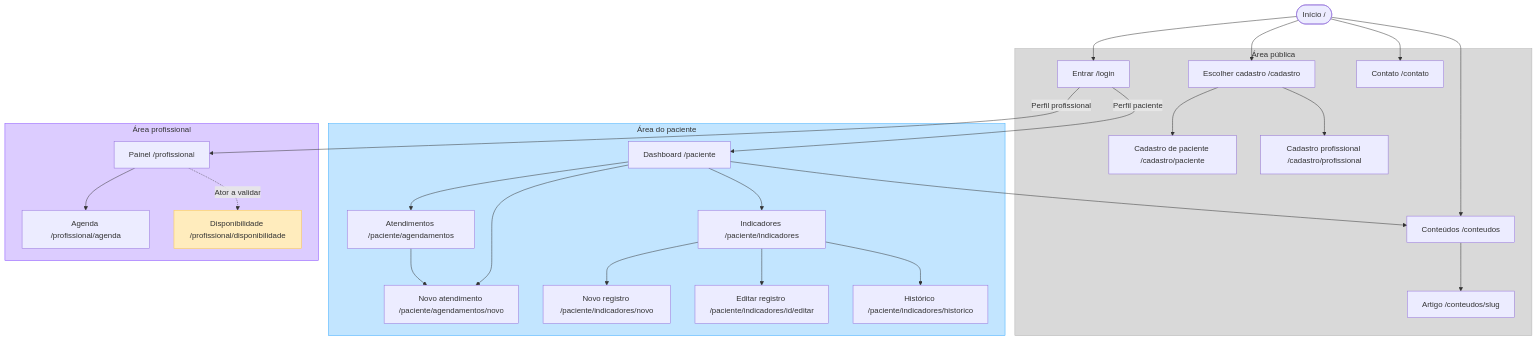
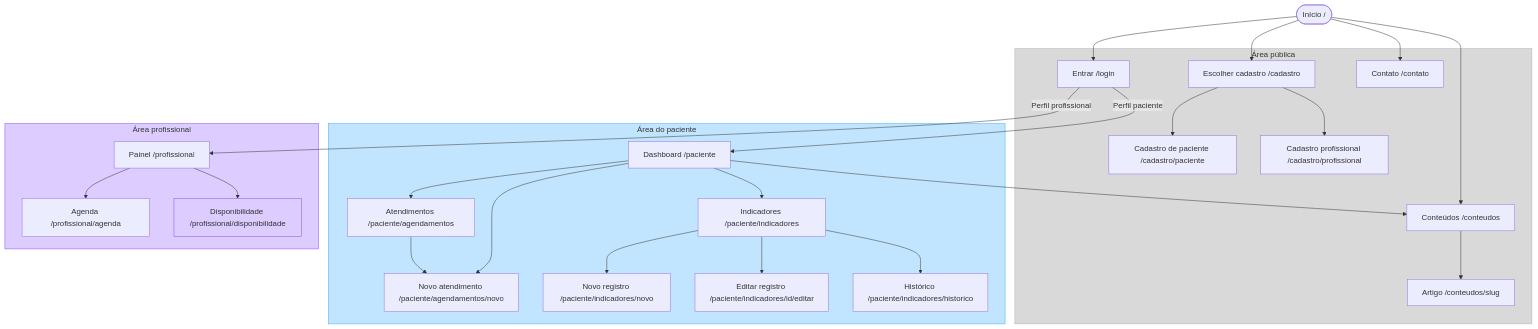
One commit to Marciocoutinho/vida-mais-facil changed the diagram in docs/07-mapa-navegacao.md. Above: the diagram before and after it, drawn with Mermaid. The commit also changed other lines of this file and 4 other files, not shown here.

````diff
--- a/docs/07-mapa-navegacao.md
+++ b/docs/07-mapa-navegacao.md
@@ -15,58 +15,58 @@
 ```mermaid
 flowchart TD
     home(["Início / "])
 
     subgraph publicArea ["Área pública"]
         contentList["Conteúdos /conteudos"]
         contentDetail["Artigo /conteudos/slug"]
         registerChoice["Escolher cadastro /cadastro"]
         patientRegister["Cadastro de paciente /cadastro/paciente"]
         professionalRegister["Cadastro profissional /cadastro/profissional"]
         login["Entrar /login"]
         contact["Contato /contato"]
     end
 
     subgraph patientArea ["Área do paciente"]
         patientDashboard["Dashboard /paciente"]
         patientAppointments["Atendimentos /paciente/agendamentos"]
         newAppointment["Novo atendimento /paciente/agendamentos/novo"]
         indicators["Indicadores /paciente/indicadores"]
         newIndicator["Novo registro /paciente/indicadores/novo"]
         editIndicator["Editar registro /paciente/indicadores/id/editar"]
         indicatorHistory["Histórico /paciente/indicadores/historico"]
     end
 
     subgraph professionalArea ["Área profissional"]
         professionalDashboard["Painel /profissional"]
         professionalAgenda["Agenda /profissional/agenda"]
         availability["Disponibilidade /profissional/disponibilidade"]
     end
 
     home --> contentList
     contentList --> contentDetail
     home --> registerChoice
     registerChoice --> patientRegister
     registerChoice --> professionalRegister
     home --> login
     home --> contact
 
     login -->|"Perfil paciente"| patientDashboard
     login -->|"Perfil profissional"| professionalDashboard
 
     patientDashboard --> patientAppointments
     patientDashboard --> newAppointment
     patientDashboard --> indicators
     patientDashboard --> contentList
     patientAppointments --> newAppointment
     indicators --> newIndicator
     indicators --> editIndicator
     indicators --> indicatorHistory
 
     professionalDashboard --> professionalAgenda
-    professionalDashboard -.->|"Ator a validar"| availability
+    professionalDashboard --> availability
 
     style publicArea fill:#D9D9D9,stroke:#B3B3B3
     style patientArea fill:#C2E5FF,stroke:#3DADFF
     style professionalArea fill:#DCCCFF,stroke:#874FFF
-    style availability fill:#FFECBD,stroke:#FFC943
+    style availability fill:#DCCCFF,stroke:#874FFF
 ```
````
